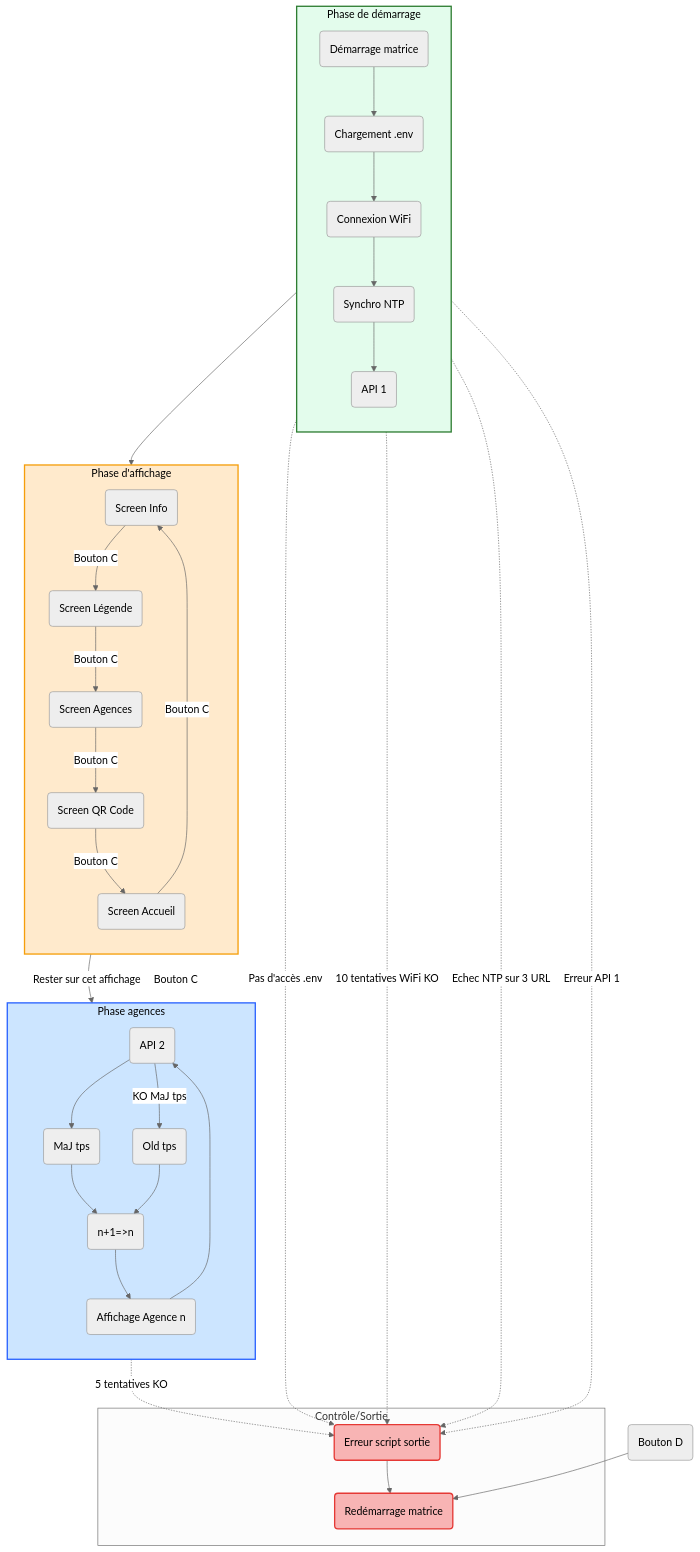
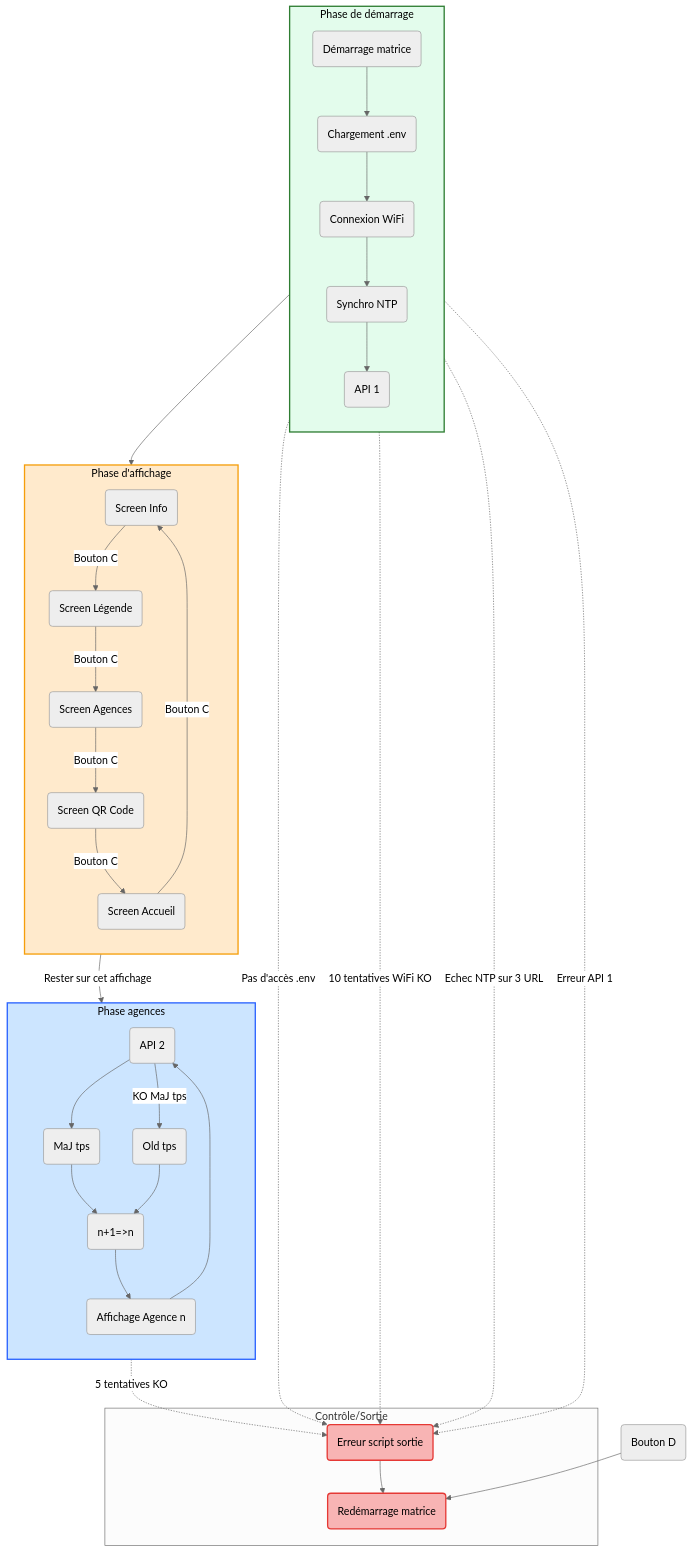
Before and after one commit to adriens/temps-attente-matrix-led: the diagram in SCRIPT-PLAN.md, drawn with Mermaid.

````diff
--- a/SCRIPT-PLAN.md
+++ b/SCRIPT-PLAN.md
@@ -1,70 +1,71 @@
 ```mermaid
 ---
 config:
   theme: neutral
   themeVariables:
     background: '#ffffff'
 ---
 flowchart TB
  subgraph S1["Phase de démarrage"]
     direction TB
         D2("Chargement .env")
         D1("Démarrage matrice")
         D3("Connexion WiFi")
         D4("Synchro NTP")
         D5("API 1")
   end
  subgraph S2["Phase d'affichage"]
     direction TB
         SC2("Screen Info")
         SC1("Screen Accueil")
         SC3("Screen Légende")
         SC4("Screen Agences")
         SC5("Screen QR Code")
   end
  subgraph S3["Phase agences"]
     direction TB
         A2("API 2")
         A1(" Affichage Agence n")
         A3("MaJ tps")
         A5("n+1=>n")
         A4("Old tps")
   end
  subgraph S4["Contrôle/Sortie"]
         E1("Erreur script sortie")
         R1("Redémarrage matrice")
   end
     D1 --> D2
     D2 --> D3
     D3 --> D4
     D4 --> D5
     SC1 -- "Bouton C" --> SC2
     SC2 -- "Bouton C" --> SC3
     SC3 -- "Bouton C" --> SC4
     SC4 -- "Bouton C" --> SC5
     SC4 -- "Rester sur cet affichage" --> A2
-    SC5 -- "Bouton C" --> SC1 & A2
+    SC5 -- "Bouton C" --> SC1
+    SC5 --> A2
     A1 --> A2
     A2 --> A3
     A3 --> A5
     A5 --> A1
     A2 -- KO MaJ tps --> A4
     D2 -. "Pas d'accès .env" .-> E1
     D3 -. 10 tentatives WiFi KO .-> E1
     D4 -. Echec NTP sur 3 URL .-> E1
     D5 -. Erreur API 1 .-> E1
     A2 -. 5 tentatives KO .-> E1
     D5 --> SC1
     E1 --> R1
     F2("Bouton D") --> R1
     A4 --> A5
      E1:::red
      R1:::red
     classDef red fill:#f8b4b4,stroke:#e53935,stroke-width:2px,color:#000
     linkStyle 10 stroke:none
 
 %% Styles de sous-graphes
 style S1 fill:#E3FCEC,stroke:#2e7d32,stroke-width:2px,color:#000
 style S2 fill:#FFEACC,stroke:#f59e0b,stroke-width:2px,color:#000
 style S3 fill:#CCE5FF,stroke:#2962FF,stroke-width:2px,color:#000
 ```
````
